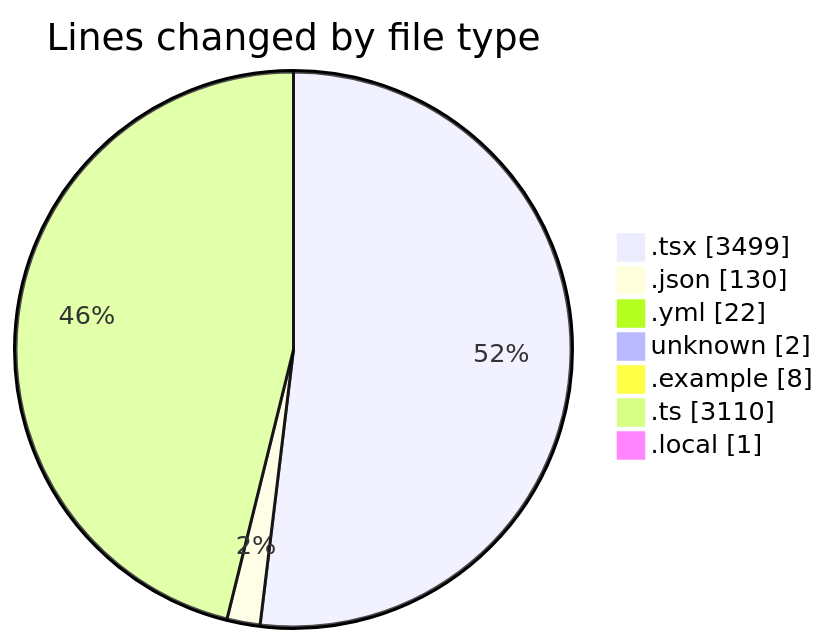
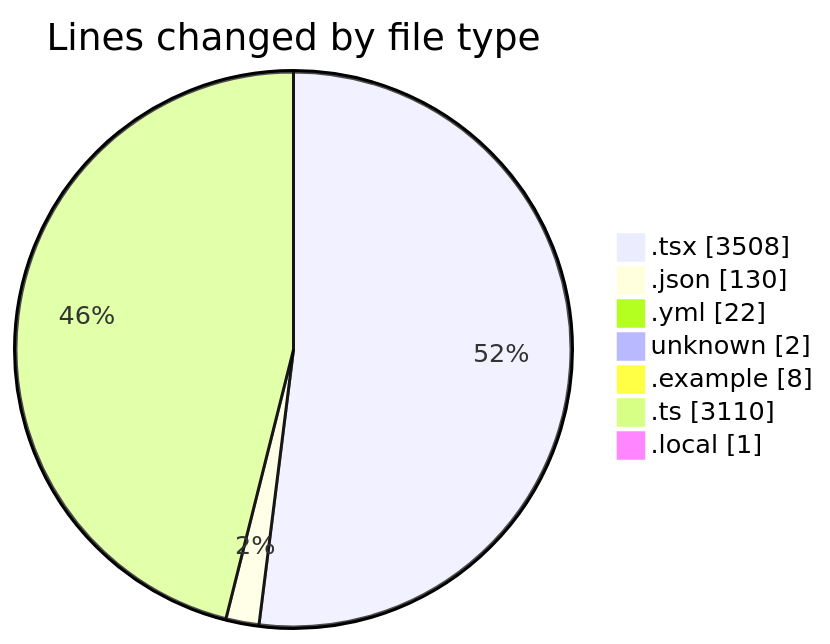
Before and after one commit to julien-gomy/code-tracking: the first of 2 diagrams in 2025-11-21/eventscop-frontend-guide__workspace_/README.md, drawn with Mermaid. The commit also changed other lines of this file and 1 other file, not shown here.

````diff
--- a/2025-11-21/eventscop-frontend-guide__workspace_/README.md
+++ b/2025-11-21/eventscop-frontend-guide__workspace_/README.md
@@ -64,11 +64,11 @@
 ```mermaid
 pie showData
 title Lines changed by file type
-".tsx" : 3499
+".tsx" : 3508
 ".json" : 130
 ".yml" : 22
 "unknown" : 2
 ".example" : 8
 ".ts" : 3110
 ".local" : 1
 ```
````
